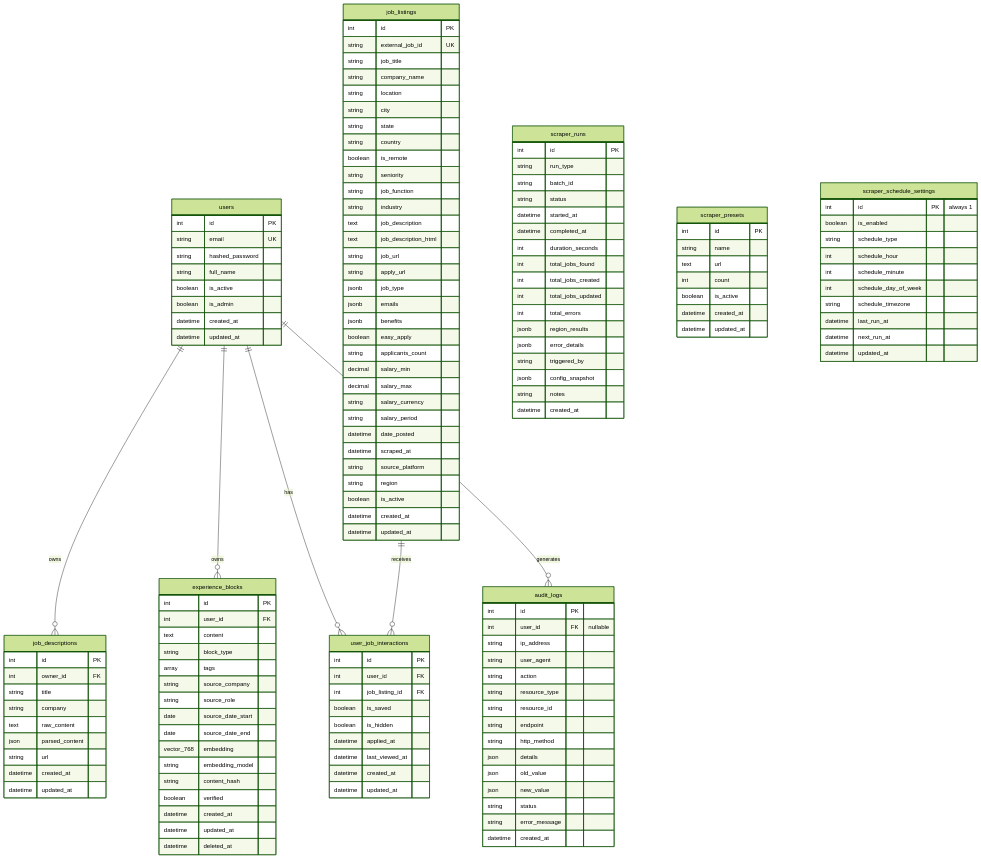
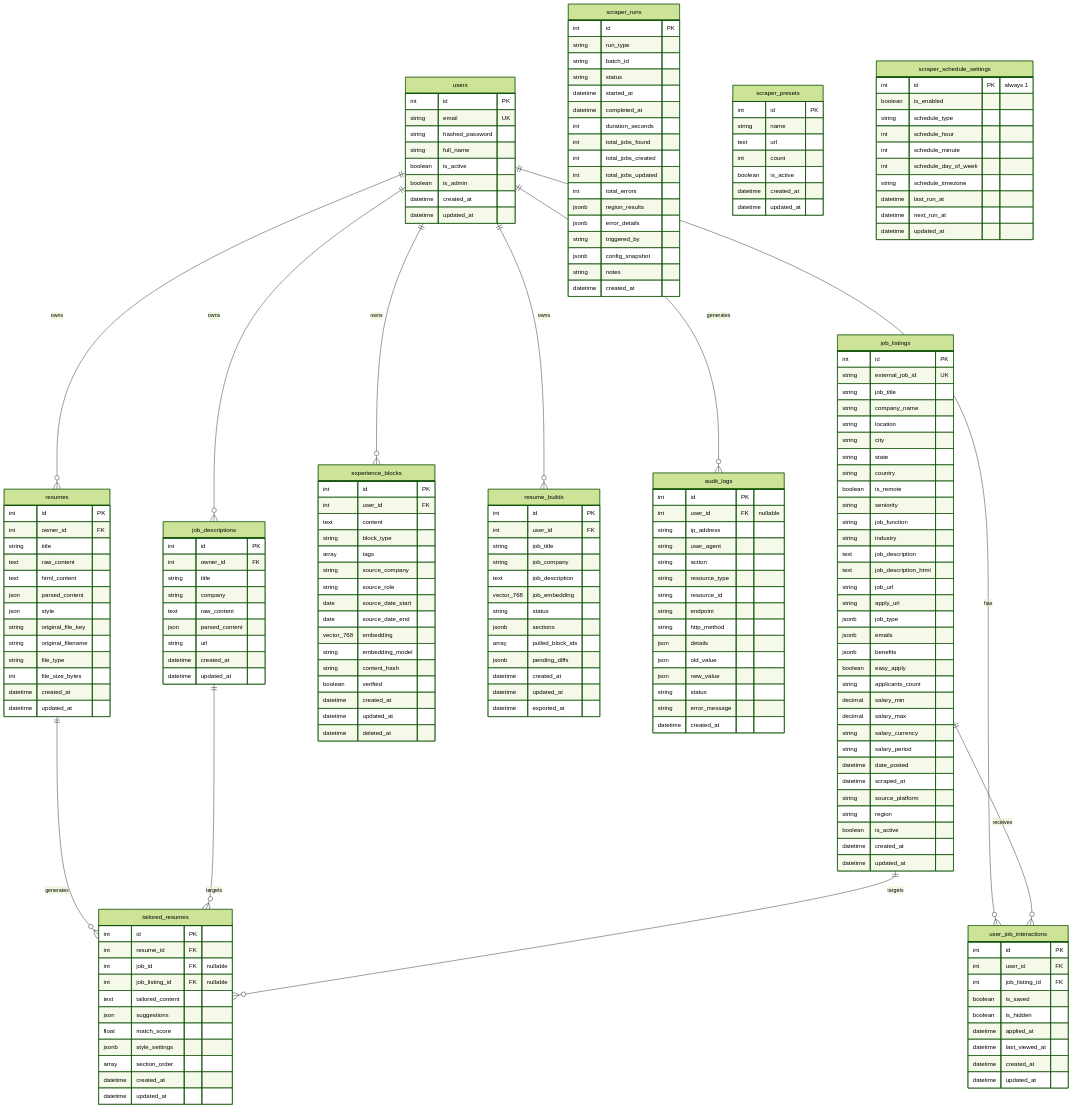
Before and after one commit to Sungchunn/AI-Resume-Tailor: diagram 13 of 33 in docs/architecture/system-architecture.md, drawn with Mermaid (forest theme). The commit also changed other lines of this file, not shown here.

First line of the commit message:
docs: update system architecture with webhook integration and schema corrections

````diff
--- a/docs/architecture/system-architecture.md
+++ b/docs/architecture/system-architecture.md
@@ -667,10 +680,16 @@
 ```mermaid
 erDiagram
+    users ||--o{ resumes : owns
     users ||--o{ job_descriptions : owns
     users ||--o{ experience_blocks : owns
+    users ||--o{ resume_builds : owns
     users ||--o{ user_job_interactions : has
     users ||--o{ audit_logs : generates
 
+    resumes ||--o{ tailored_resumes : generates
+
+    job_descriptions ||--o{ tailored_resumes : targets
+    job_listings ||--o{ tailored_resumes : targets
     job_listings ||--o{ user_job_interactions : receives
 
     users {
@@ -680,6 +699,22 @@
         string full_name
         boolean is_active
         boolean is_admin
+        datetime created_at
+        datetime updated_at
+    }
+
+    resumes {
+        int id PK
+        int owner_id FK
+        string title
+        text raw_content
+        text html_content
+        json parsed_content
+        json style
+        string original_file_key
+        string original_filename
+        string file_type
+        int file_size_bytes
         datetime created_at
         datetime updated_at
     }
@@ -731,6 +766,20 @@
         datetime updated_at
     }
 
+    tailored_resumes {
+        int id PK
+        int resume_id FK
+        int job_id FK "nullable"
+        int job_listing_id FK "nullable"
+        text tailored_content
+        json suggestions
+        float match_score
+        jsonb style_settings
+        array section_order
+        datetime created_at
+        datetime updated_at
+    }
+
     experience_blocks {
         int id PK
         int user_id FK
@@ -748,6 +797,22 @@
         datetime created_at
         datetime updated_at
         datetime deleted_at
+    }
+
+    resume_builds {
+        int id PK
+        int user_id FK
+        string job_title
+        string job_company
+        text job_description
+        vector_768 job_embedding
+        string status
+        jsonb sections
+        array pulled_block_ids
+        jsonb pending_diffs
+        datetime created_at
+        datetime updated_at
+        datetime exported_at
     }
 
     user_job_interactions {
````
